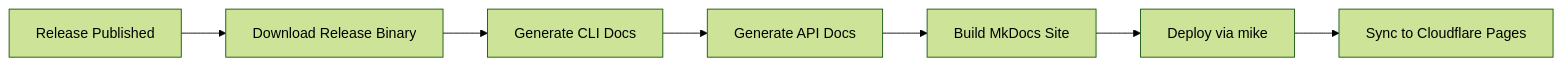
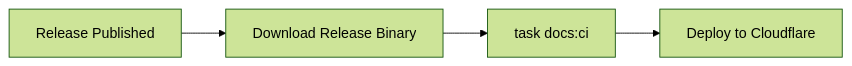
Before and after one commit to fzymgc-house/router-hosts: the diagram in docs/plans/2025-12-30-mkdocs-site-design.md, drawn with Mermaid (forest theme). The commit also changed other lines of this file and 2 other files, not shown here.

First line of the commit message:
refactor(docs): use task for docs builds, remove versioning

````diff
--- a/docs/plans/2025-12-30-mkdocs-site-design.md
+++ b/docs/plans/2025-12-30-mkdocs-site-design.md
@@ -58,9 +69,6 @@
 ```mermaid
 flowchart LR
     A[Release Published] --> B[Download Release Binary]
-    B --> C[Generate CLI Docs]
-    C --> D[Generate API Docs]
-    D --> E[Build MkDocs Site]
-    E --> F[Deploy via mike]
-    F --> G[Sync to Cloudflare Pages]
+    B --> C[task docs:ci]
+    C --> D[Deploy to Cloudflare]
 ```
````
